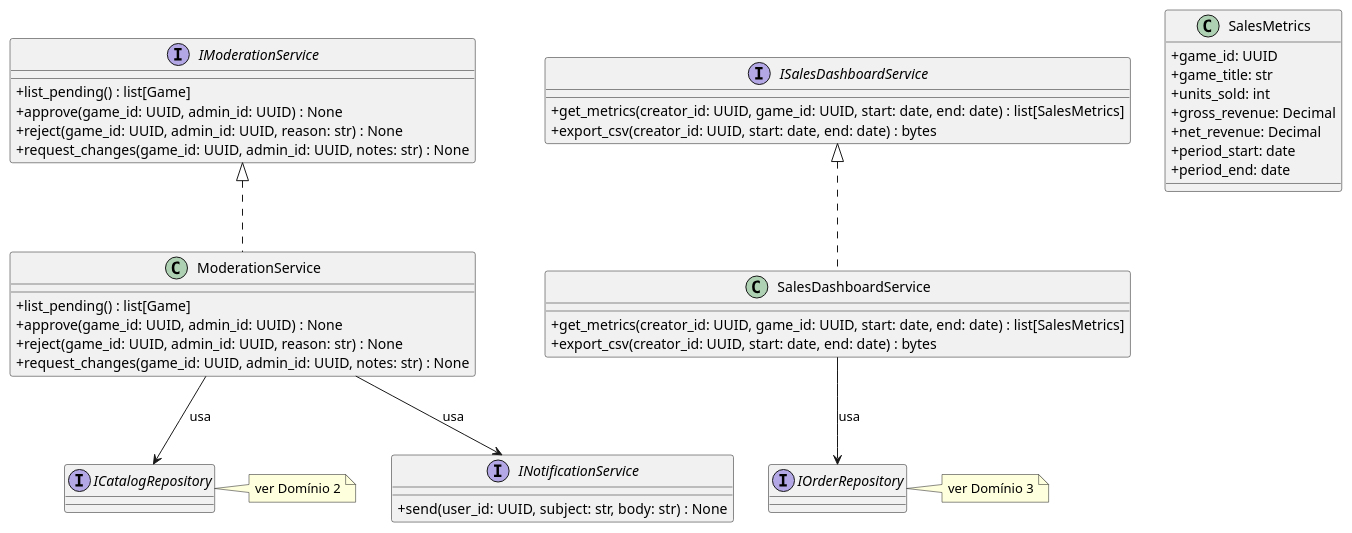
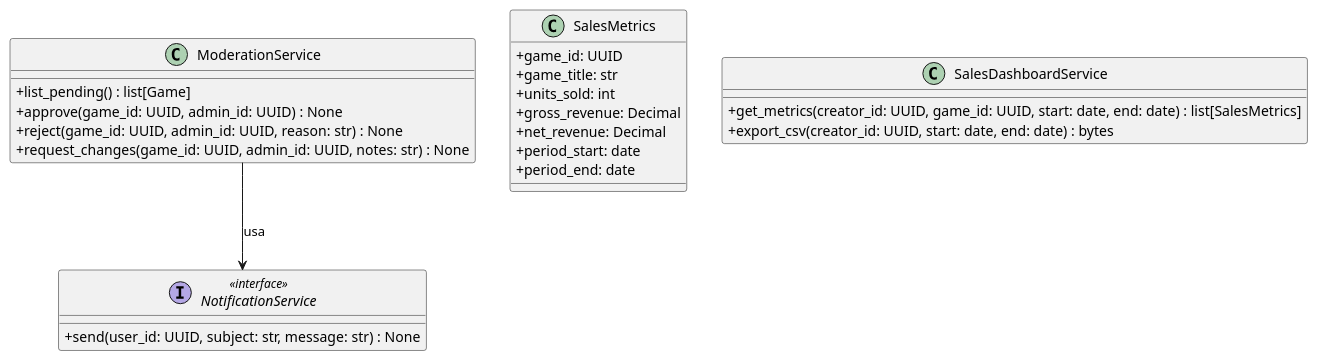
One commit to osantana/a3-ms changed diagram 14 of 14 in projeto-vapor.adoc. Above: the diagram before and after it, drawn with PlantUML. The commit also changed other lines of this file and 33 other files, not shown here.

```diff
--- a/projeto-vapor.adoc
+++ b/projeto-vapor.adoc
@@ -982,58 +1058,34 @@
 [plantuml, pdfwidth=90%]
 ----
 @startuml
 skinparam classAttributeIconSize 0
 
-interface INotificationService {
-  + send(user_id: UUID, subject: str, body: str) : None
-}
-
-interface IModerationService {
-  + list_pending() : list[Game]
-  + approve(game_id: UUID, admin_id: UUID) : None
-  + reject(game_id: UUID, admin_id: UUID, reason: str) : None
-  + request_changes(game_id: UUID, admin_id: UUID, notes: str) : None
+interface NotificationService <<interface>> {
+  + send(user_id: UUID, subject: str, message: str) : None
 }
 
 class ModerationService {
   + list_pending() : list[Game]
   + approve(game_id: UUID, admin_id: UUID) : None
   + reject(game_id: UUID, admin_id: UUID, reason: str) : None
   + request_changes(game_id: UUID, admin_id: UUID, notes: str) : None
 }
 
 class SalesMetrics {
   + game_id: UUID
   + game_title: str
   + units_sold: int
   + gross_revenue: Decimal
   + net_revenue: Decimal
   + period_start: date
   + period_end: date
 }
 
-interface ISalesDashboardService {
-  + get_metrics(creator_id: UUID, game_id: UUID, start: date, end: date) : list[SalesMetrics]
-  + export_csv(creator_id: UUID, start: date, end: date) : bytes
-}
-
 class SalesDashboardService {
   + get_metrics(creator_id: UUID, game_id: UUID, start: date, end: date) : list[SalesMetrics]
   + export_csv(creator_id: UUID, start: date, end: date) : bytes
 }
 
-interface ICatalogRepository {
-}
-note right of ICatalogRepository : ver Domínio 2
-
-interface IOrderRepository {
-}
-note right of IOrderRepository : ver Domínio 3
-
-IModerationService <|.. ModerationService
-ISalesDashboardService <|.. SalesDashboardService
-ModerationService --> INotificationService : usa
-ModerationService --> ICatalogRepository : usa
-SalesDashboardService --> IOrderRepository : usa
+ModerationService --> NotificationService : usa
 @enduml
 ----
```
